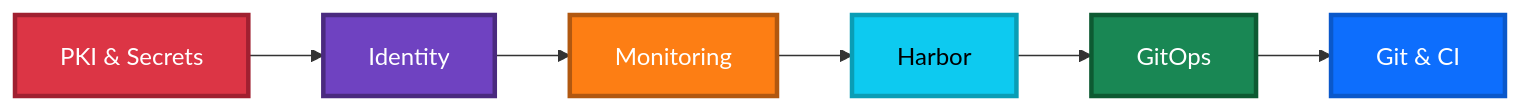
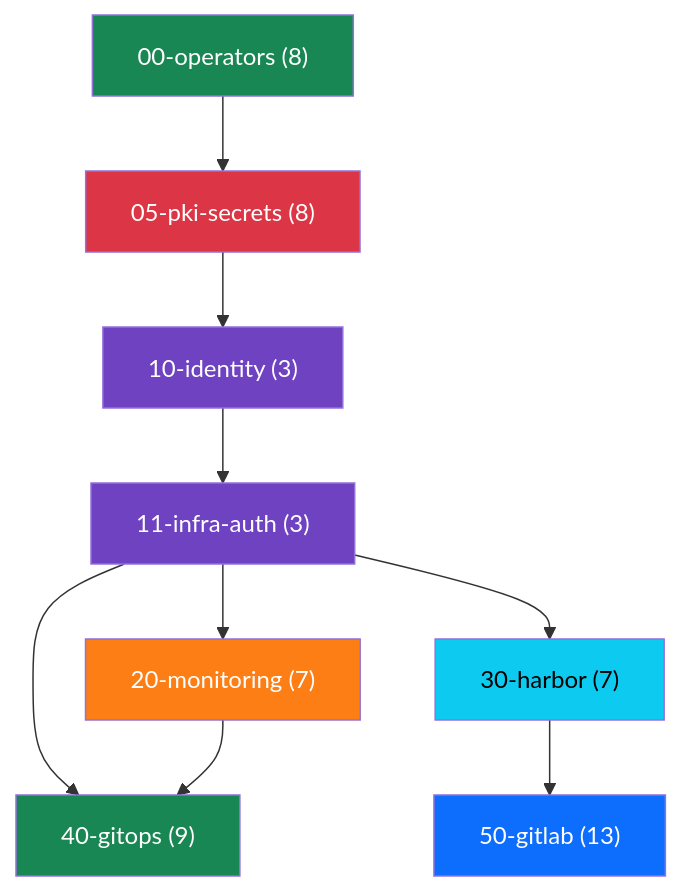
Before and after one commit to derhornspieler/harvester-rke2-svcs: the second of 2 diagrams in docs/architecture/overview.md, drawn with Mermaid. The commit also changed other lines of this file and 5 other files, not shown here.

````diff
--- a/docs/architecture/overview.md
+++ b/docs/architecture/overview.md
@@ -178,18 +184,29 @@
 ```mermaid
-graph LR
-    S1["PKI &amp; Secrets"]
-    S2["Identity"]
-    S3["Monitoring"]
-    S4["Harbor"]
-    S5["GitOps"]
-    S6["Git &amp; CI"]
+graph TD
+    A["00-operators (8)"]
+    B["05-pki-secrets (8)"]
+    C["10-identity (3)"]
+    D["11-infra-auth (3)"]
+    E["20-monitoring (7)"]
+    F["30-harbor (7)"]
+    G["40-gitops (9)"]
+    H["50-gitlab (13)"]
 
-    S1 --> S2 --> S3 --> S4 --> S5 --> S6
+    A --> B
+    B --> C
+    C --> D
+    D --> E
+    D --> F
+    D --> G
+    F --> H
+    E --> G
 
-    style S1 fill:#dc3545,color:#fff,stroke:#a02030,stroke-width:3px
-    style S2 fill:#6f42c1,color:#fff,stroke:#4a2a7f,stroke-width:3px
-    style S3 fill:#fd7e14,color:#fff,stroke:#b15810,stroke-width:3px
-    style S4 fill:#0dcaf0,color:#000,stroke:#0a9db5,stroke-width:3px
-    style S5 fill:#198754,color:#fff,stroke:#0d5a32,stroke-width:3px
-    style S6 fill:#0d6efd,color:#fff,stroke:#0a58ca,stroke-width:3px
+    style A fill:#198754,color:#fff
+    style B fill:#dc3545,color:#fff
+    style C fill:#6f42c1,color:#fff
+    style D fill:#6f42c1,color:#fff
+    style E fill:#fd7e14,color:#fff
+    style F fill:#0dcaf0,color:#000
+    style G fill:#198754,color:#fff
+    style H fill:#0d6efd,color:#fff
 ```
````
